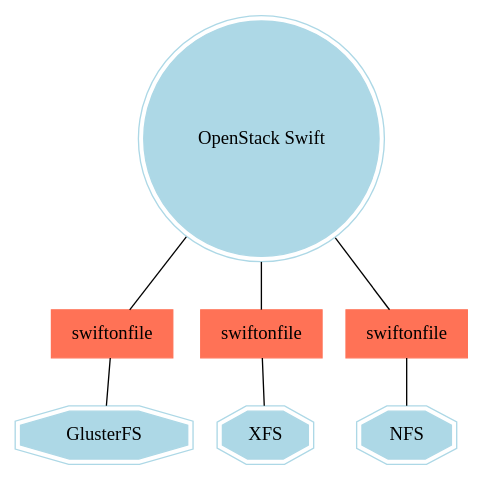
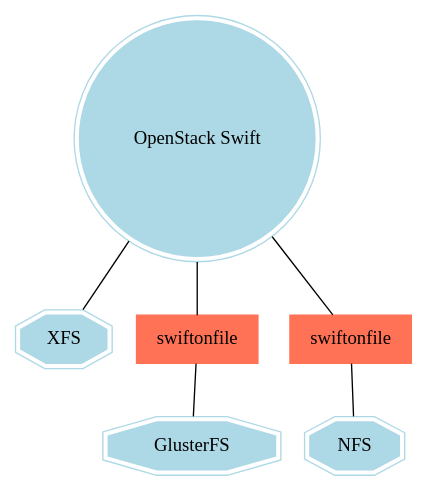
The diagram in images_src/sp_sof.dot (lpabon/openstack-summit-2014), drawn with Graphviz before and after one commit. The commit also changed 2 other files, not shown here.

```diff
--- a/images_src/sp_sof.dot
+++ b/images_src/sp_sof.dot
@@ -1,17 +1,16 @@
 graph G {
 
     node [shape=doublecircle,label="OpenStack Swift",style=filled,color=lightblue] os;
     node [shape=doubleoctagon,label="GlusterFS"] gluster;
     node [shape=doubleoctagon,label="XFS"] xfs;
     node [shape=doubleoctagon,label="NFS"] nfs;
-    node [shape=box,label="swiftonfile",color=coral1] sof_gluster; sof_xfs; sof_nfs;
+    node [shape=box,label="swiftonfile",color=coral1] sof_gluster; sof_nfs;
 
     os -- sof_gluster;
-    os -- sof_xfs;
+    os -- xfs;
     os -- sof_nfs;
 
     sof_gluster -- gluster;
-    sof_xfs -- xfs;
     sof_nfs -- nfs;
 
 }
```
